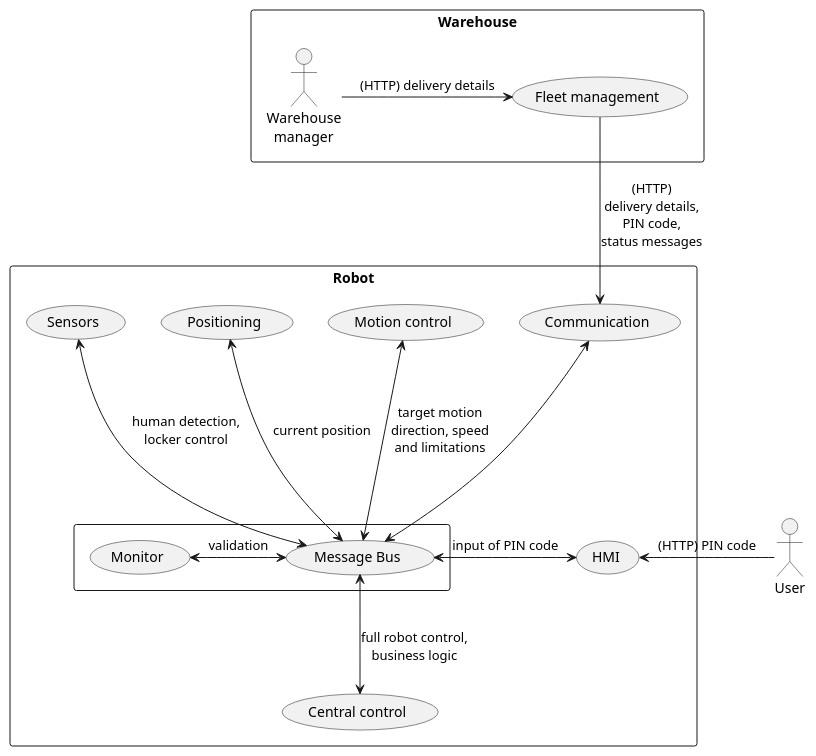
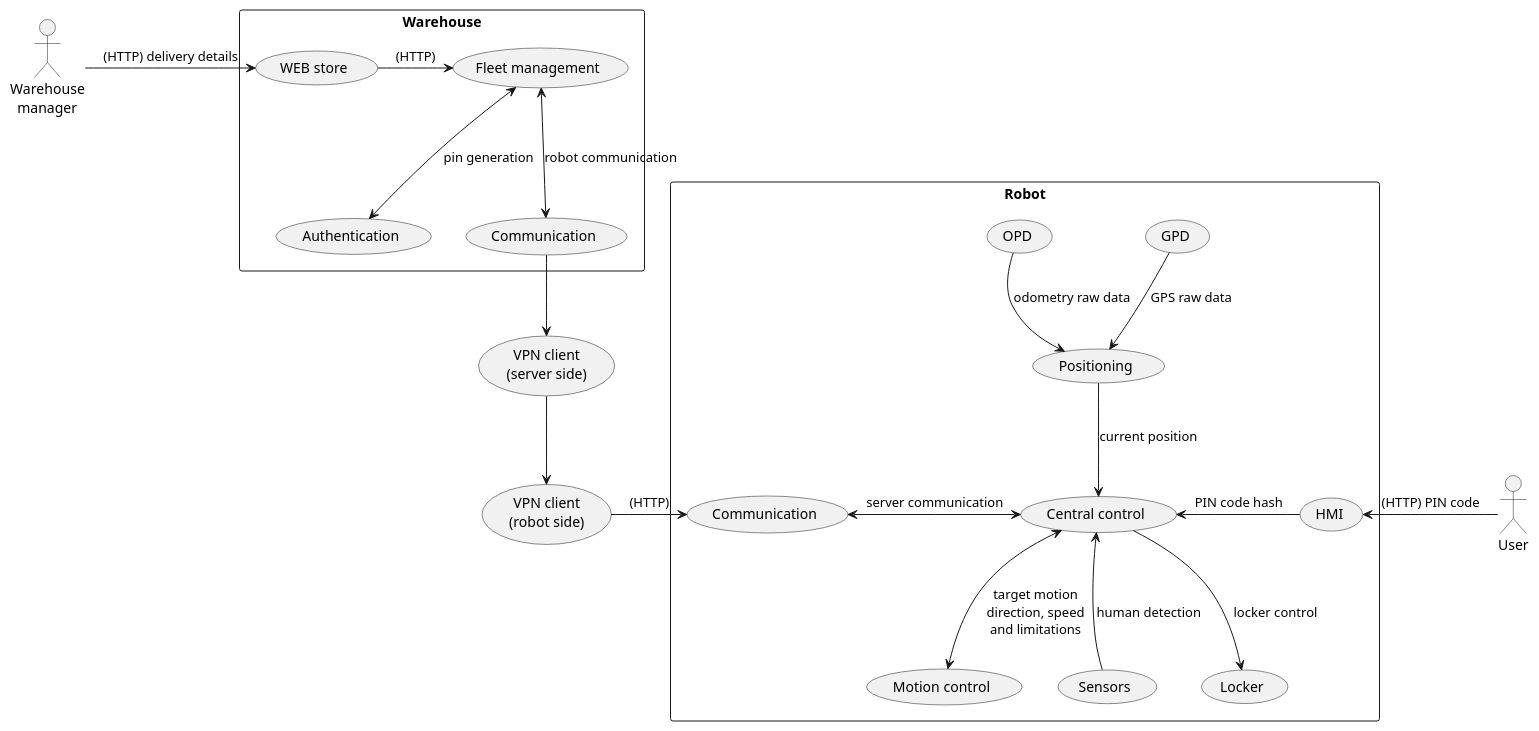
Before and after one commit to Losssaw3/cyberimmune-delivery-robot: the diagram in docs/diagrams/DFD.puml, drawn with PlantUML. The commit also changed 35 other files, not shown here.

```diff
--- a/docs/diagrams/DFD.puml
+++ b/docs/diagrams/DFD.puml
@@ -1,40 +1,56 @@
 @startuml
 
 actor User as U
 
+usecase "VPN client\n(server side)" as VPNC0 
+usecase "VPN client\n(robot side)" as VPNC1 
+
+actor "Warehouse\n  manager" as W
+
+
 rectangle Warehouse {
-    actor "Warehouse\n  manager" as W
-    usecase "Fleet management" as FMS
+    usecase "WEB store" as WS
+    W -> WS: (HTTP) delivery details
 
-    W -> FMS : (HTTP) delivery details
+    usecase "Fleet management" as FMS 
+    usecase "Authentication" as AS
+    usecase "Communication" as CS_SRV
+
+    WS -> FMS: (HTTP)
+
+    FMS <-down-> AS: pin generation
+    FMS <-down-> CS_SRV: robot communication
+
+    CS_SRV --> VPNC0
 }
+
+VPNC0 --> VPNC1
 
 rectangle Robot {
     usecase "Communication" as CS
-    usecase "Motion control" as MCU
-    usecase "Positioning" as PU
-    usecase "Sensors" as SU
-    usecase "HMI" as HMI
-    usecase "Central control" as CCU
+    usecase "Motion control" as MCU 
+    usecase "GPD" as GPD 
+    usecase "OPD" as OPD 
+    usecase "Positioning" as PU 
+    usecase "Sensors" as SU 
+    usecase "Locker" as LU 
+    usecase "HMI" as HMI 
+    usecase "Central control" as CCU 
 
-    rectangle {
-        usecase "Message Bus" as MB
-        usecase "Monitor" as M
+    VPNC1 -> CS: (HTTP)
 
-        M <-> MB: validation
-    }
+    CCU <-left-> CS: server communication
+    CCU <--> MCU: target motion\ndirection, speed\nand limitations
 
-    FMS --> CS: (HTTP)\ndelivery details,\nPIN code,\nstatus messages
+    SU -up-> CCU: human detection
+    CCU -down-> LU: locker control
+    HMI -left->  CCU: PIN code hash
 
-    CS <---> MB
-
-    MB <-down-> CCU: full robot control,\nbusiness logic
-    MCU <---> MB: target motion\ndirection, speed\nand limitations
-    PU <---> MB: current position
-    SU <---> MB: human detection,\nlocker control
-    HMI <-> MB : input of PIN code
+    PU -down-> CCU: current position
+    GPD -down-> PU: GPS raw data
+    OPD -down-> PU: odometry raw data
 
     U -> HMI: (HTTP) PIN code
 }
 
 @enduml
```
